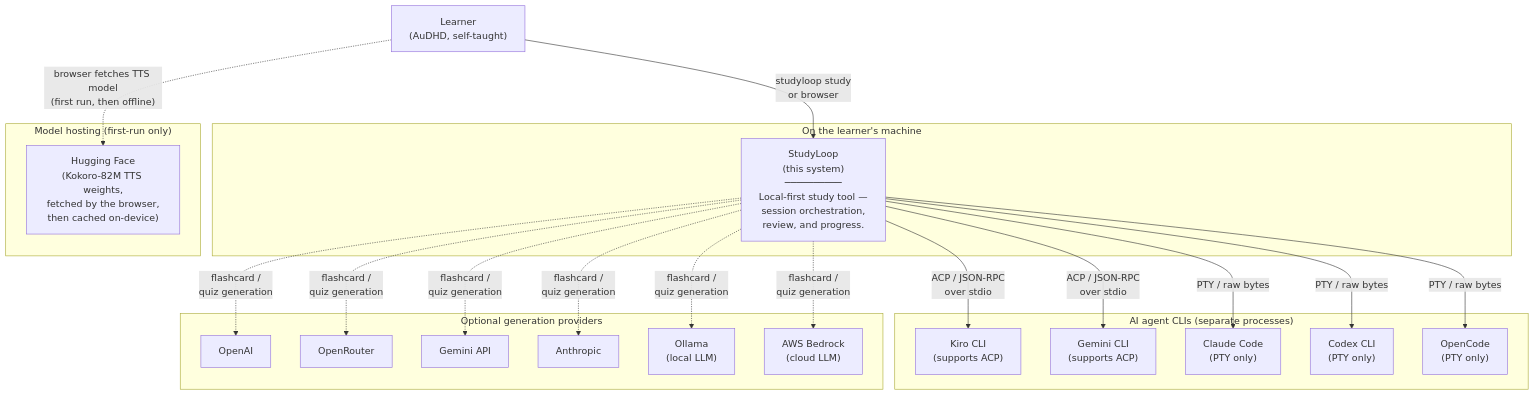
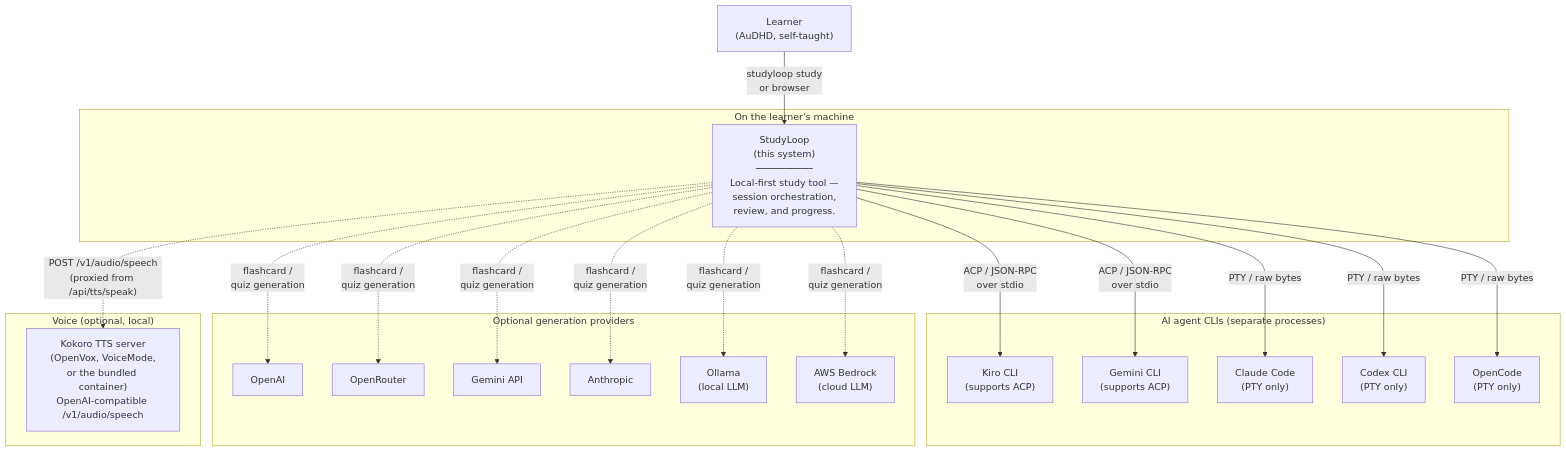
The first of 13 diagrams in docs/architecture/current.md (NetDevAutomate/StudyLoop), drawn with Mermaid before and after one commit. The commit also changed other lines of this file and 16 other files, not shown here.

````diff
--- a/docs/architecture/current.md
+++ b/docs/architecture/current.md
@@ -17,43 +17,43 @@
 ```mermaid
 flowchart TB
     Learner["Learner<br/>(AuDHD, self-taught)"]
 
     subgraph "On the learner's machine"
       StudyLoop["StudyLoop<br/>(this system)<br/>──────────<br/>Local-first study tool —<br/>session orchestration,<br/>review, and progress."]
     end
 
     subgraph "AI agent CLIs (separate processes)"
       Kiro["Kiro CLI<br/>(supports ACP)"]
       Gemini["Gemini CLI<br/>(supports ACP)"]
       Claude["Claude Code<br/>(PTY only)"]
       Codex["Codex CLI<br/>(PTY only)"]
       OpenCode["OpenCode<br/>(PTY only)"]
     end
 
     subgraph "Optional generation providers"
       OpenAI["OpenAI"]
       OpenRouter["OpenRouter"]
       GeminiAPI["Gemini API"]
       Anthropic["Anthropic"]
       Ollama["Ollama<br/>(local LLM)"]
       Bedrock["AWS Bedrock<br/>(cloud LLM)"]
     end
 
-    subgraph "Model hosting (first-run only)"
-      HF["Hugging Face<br/>(Kokoro-82M TTS weights,<br/>fetched by the browser,<br/>then cached on-device)"]
+    subgraph "Voice (optional, local)"
+      Kokoro["Kokoro TTS server<br/>(OpenVox, VoiceMode,<br/>or the bundled container)<br/>OpenAI-compatible /v1/audio/speech"]
     end
 
     Learner -->|"studyloop study<br/>or browser"| StudyLoop
     StudyLoop -->|"ACP / JSON-RPC<br/>over stdio"| Kiro
     StudyLoop -->|"ACP / JSON-RPC<br/>over stdio"| Gemini
     StudyLoop -->|"PTY / raw bytes"| Claude
     StudyLoop -->|"PTY / raw bytes"| Codex
     StudyLoop -->|"PTY / raw bytes"| OpenCode
     StudyLoop -.->|"flashcard /<br/>quiz generation"| OpenAI
     StudyLoop -.->|"flashcard /<br/>quiz generation"| OpenRouter
     StudyLoop -.->|"flashcard /<br/>quiz generation"| GeminiAPI
     StudyLoop -.->|"flashcard /<br/>quiz generation"| Anthropic
     StudyLoop -.->|"flashcard /<br/>quiz generation"| Ollama
     StudyLoop -.->|"flashcard /<br/>quiz generation"| Bedrock
-    Learner -.->|"browser fetches TTS model<br/>(first run, then offline)"| HF
+    StudyLoop -.->|"POST /v1/audio/speech<br/>(proxied from /api/tts/speak)"| Kokoro
 ```
````
